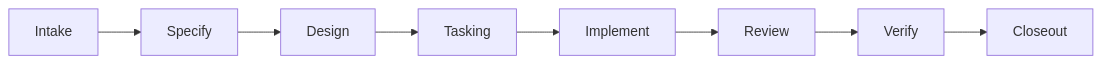
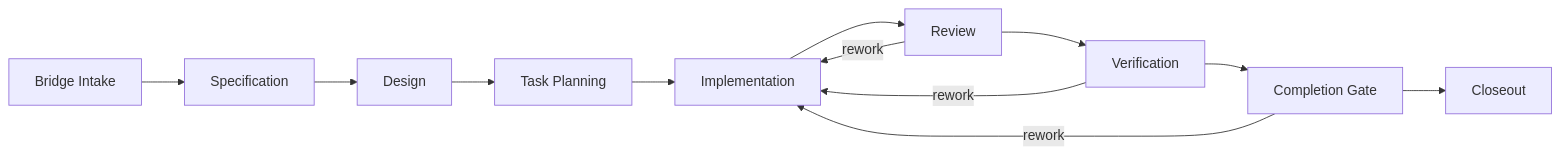
Before and after one commit to hujianbest/garage-teams: the diagram in docs/design/D120-garage-coding-pack-design.md, drawn with Mermaid. The commit also changed other lines of this file and 32 other files, not shown here.

````diff
--- a/docs/design/D120-garage-coding-pack-design.md
+++ b/docs/design/D120-garage-coding-pack-design.md
@@ -102,10 +109,14 @@
 ```mermaid
 flowchart LR
-    intake[Intake] --> specify[Specify]
-    specify --> design[Design]
-    design --> tasking[Tasking]
-    tasking --> implement[Implement]
+    intake[Bridge Intake] --> spec[Specification]
+    spec --> design[Design]
+    design --> tasks[Task Planning]
+    tasks --> implement[Implementation]
     implement --> review[Review]
-    review --> verify[Verify]
-    verify --> closeout[Closeout]
+    review --> verify[Verification]
+    verify --> gate[Completion Gate]
+    gate --> closeout[Closeout]
+    review -->|rework| implement
+    verify -->|rework| implement
+    gate -->|rework| implement
 ```
````
